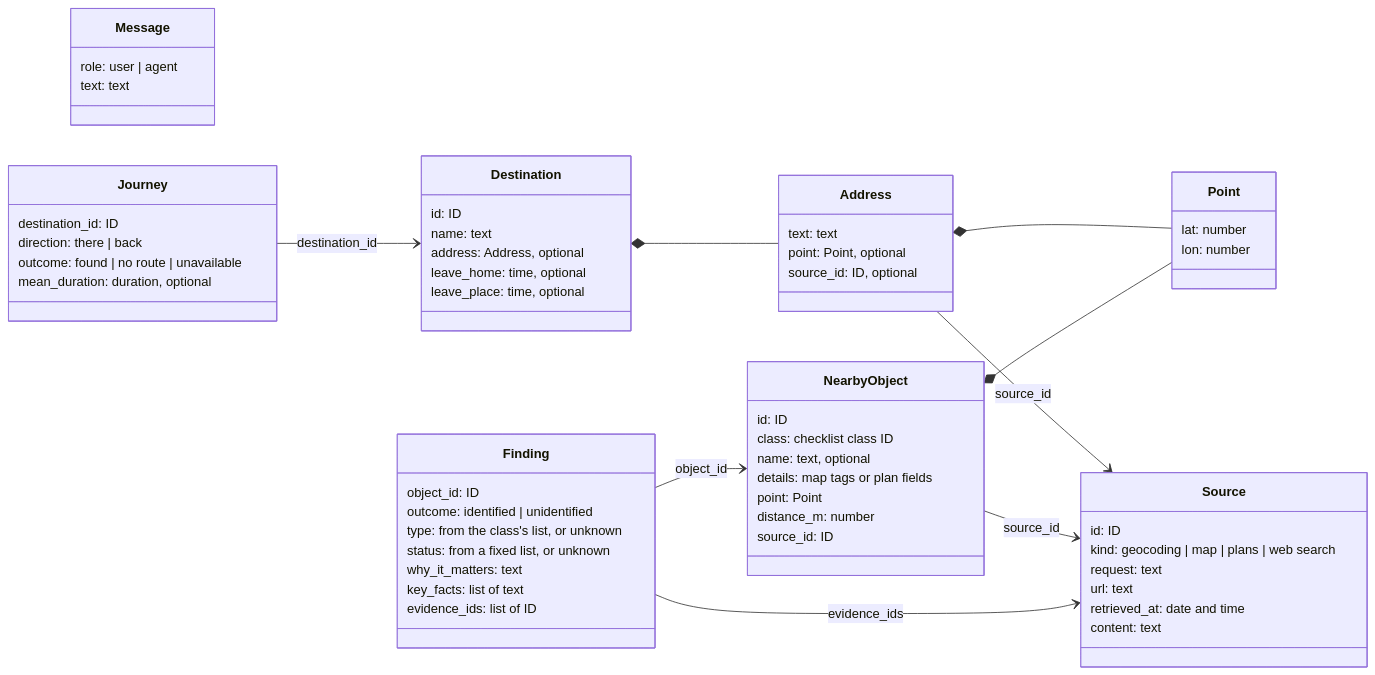
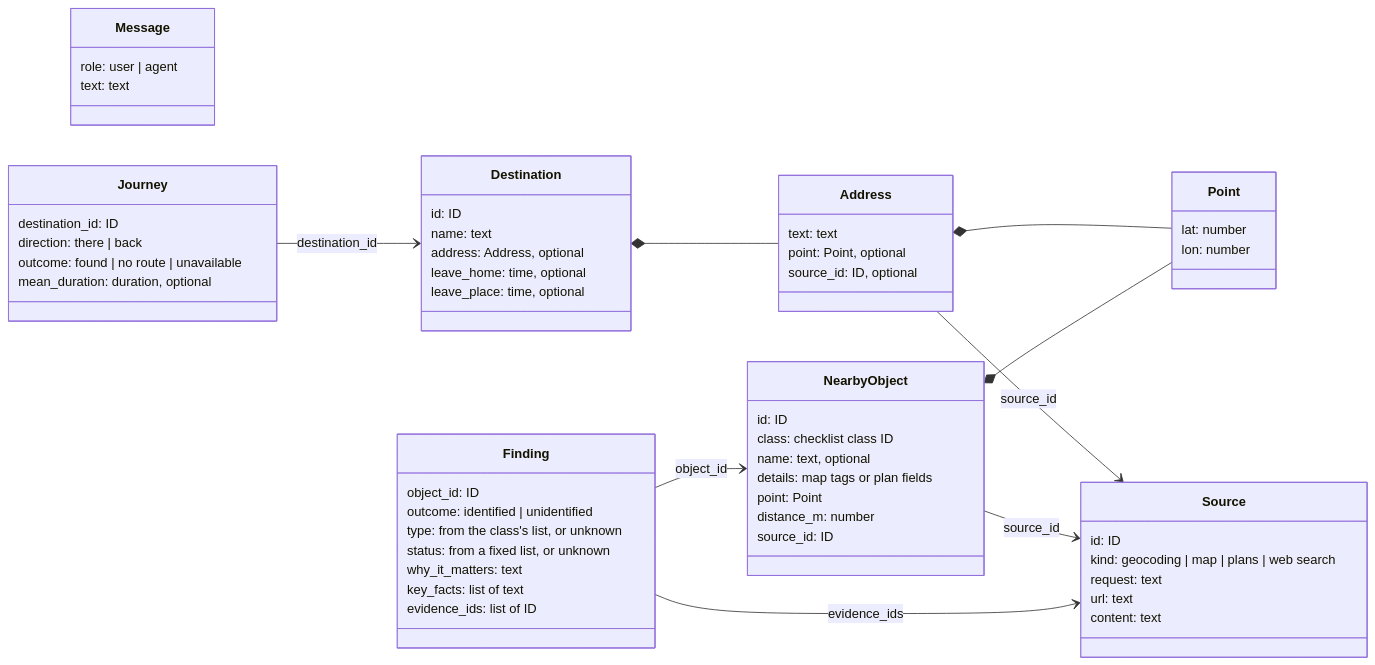
Before and after one commit to avashchenkov/out-of-frame: the second of 2 diagrams in docs/architecture.md, drawn with Mermaid. The commit also changed other lines of this file, not shown here.

````diff
--- a/docs/architecture.md
+++ b/docs/architecture.md
@@ -218,64 +218,63 @@
 ```mermaid
 classDiagram
     direction LR
     class Message {
         role: user | agent
         text: text
     }
     class Address {
         text: text
         point: Point, optional
         source_id: ID, optional
     }
     class Point {
         lat: number
         lon: number
     }
     class Destination {
         id: ID
         name: text
         address: Address, optional
         leave_home: time, optional
         leave_place: time, optional
     }
     class Source {
         id: ID
         kind: geocoding | map | plans | web search
         request: text
         url: text
-        retrieved_at: date and time
         content: text
     }
     class NearbyObject {
         id: ID
         class: checklist class ID
         name: text, optional
         details: map tags or plan fields
         point: Point
         distance_m: number
         source_id: ID
     }
     class Finding {
         object_id: ID
         outcome: identified | unidentified
         type: from the class's list, or unknown
         status: from a fixed list, or unknown
         why_it_matters: text
         key_facts: list of text
         evidence_ids: list of ID
     }
     class Journey {
         destination_id: ID
         direction: there | back
         outcome: found | no route | unavailable
         mean_duration: duration, optional
     }
     Destination *-- Address
     Address *-- Point
     Address --> Source : source_id
     NearbyObject *-- Point
     NearbyObject --> Source : source_id
     Finding --> NearbyObject : object_id
     Finding --> Source : evidence_ids
     Journey --> Destination : destination_id
 ```
````
